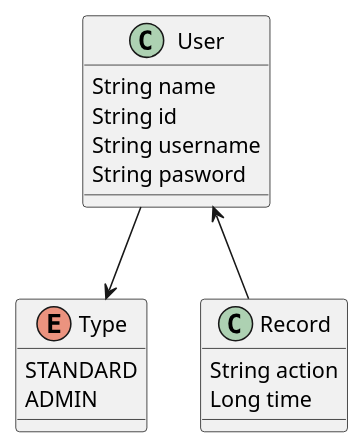
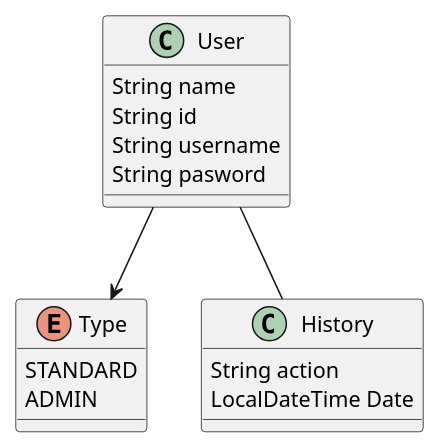
One commit to Roman27-gg/PROYECTOUSUARIOS changed the diagram in src/uml/user.plantuml. Above: the diagram before and after it, drawn with PlantUML. The commit also changed 7 other files, not shown here.

```diff
--- a/src/uml/user.plantuml
+++ b/src/uml/user.plantuml
@@ -1,23 +1,23 @@
 @startuml user
 class User {
     String name
     String id
     String username 
     String pasword
 }
 
 enum Type {
     STANDARD
     ADMIN
 }
 
 User --> Type
 
-class Record {
+class History {
     String action 
-    Long time
+    LocalDateTime Date
 }
 
-User <-- Record
+User -- History
 
 @enduml
```
